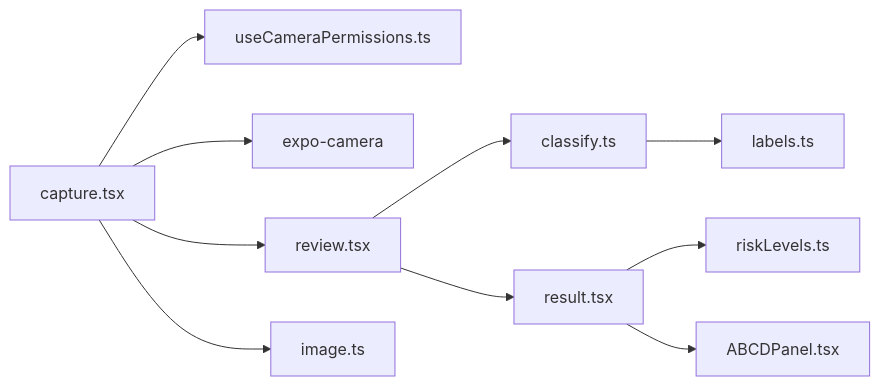
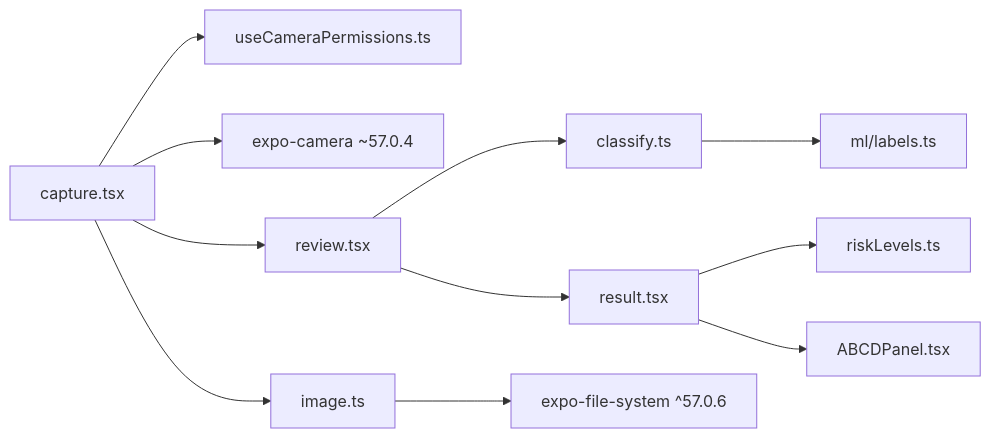
Before and after one commit to AdeelTahir-SE/DermSight: the ninth of 9 diagrams in .qoder/repowiki/en/content/Camera Integration.md, drawn with Mermaid. The commit also changed other lines of this file and 19 other files, not shown here.

````diff
--- a/.qoder/repowiki/en/content/Camera Integration.md
+++ b/.qoder/repowiki/en/content/Camera Integration.md
@@ -331,12 +333,13 @@
 ```mermaid
 graph LR
 Capture["capture.tsx"] --> Permissions["useCameraPermissions.ts"]
-Capture --> ExpoCamera["expo-camera"]
+Capture --> ExpoCamera["expo-camera ~57.0.4"]
 Capture --> Review["review.tsx"]
 Review --> Inference["classify.ts"]
 Review --> Result["result.tsx"]
 Result --> Risk["riskLevels.ts"]
 Result --> ABCD["ABCDPanel.tsx"]
 Capture --> Images["image.ts"]
-Inference --> Labels["labels.ts"]
+Images --> FileSystem["expo-file-system ^57.0.6"]
+Inference --> Labels["ml/labels.ts"]
 ```
````
